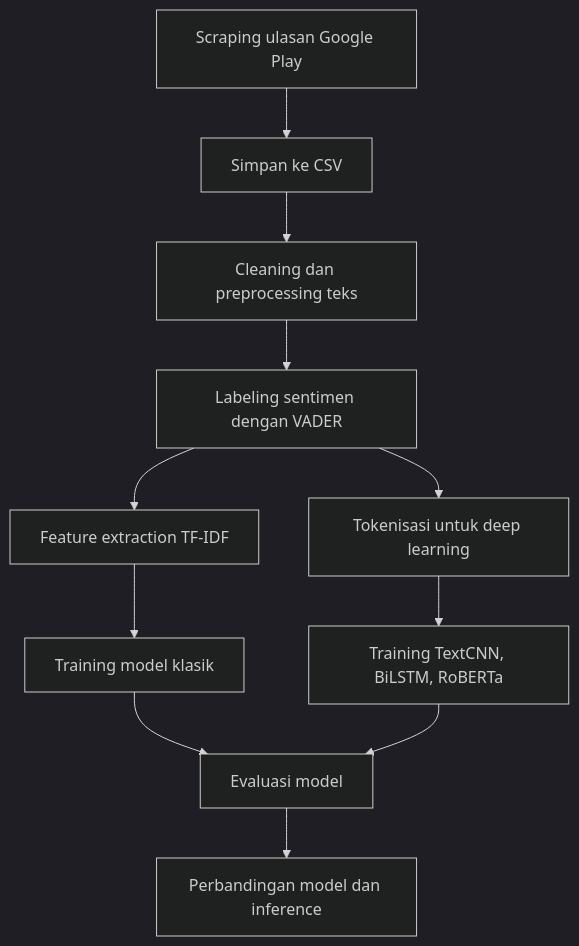
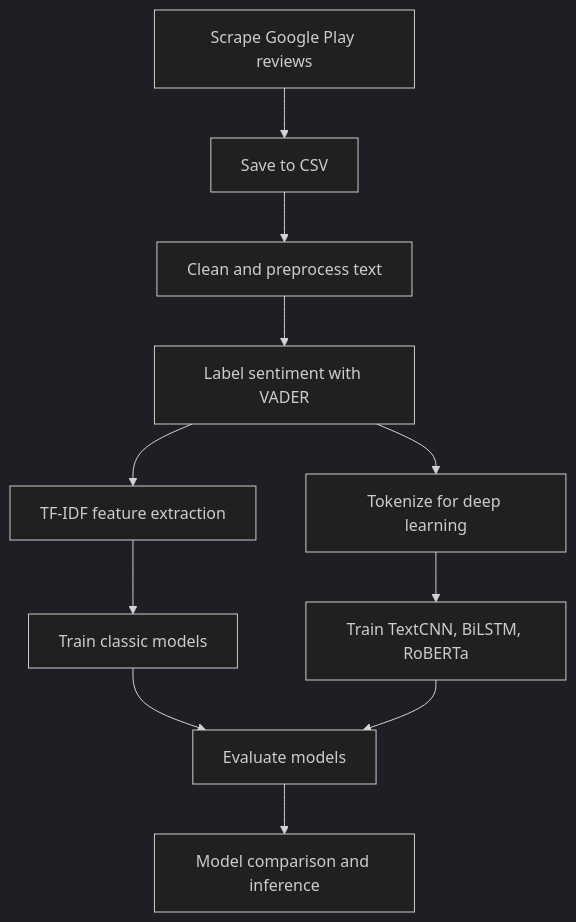
One commit to maliks1/Reverse-1999 changed the diagram in README.md. Above: the diagram before and after it, drawn with Mermaid (dark theme). The commit also changed other lines of this file and 3 other files, not shown here.

````diff
--- a/README.md
+++ b/README.md
@@ -263,13 +263,13 @@
 ```mermaid
 flowchart TD
-    A[Scraping ulasan Google Play] --> B[Simpan ke CSV]
-    B --> C[Cleaning dan preprocessing teks]
-    C --> D[Labeling sentimen dengan VADER]
-    D --> E[Feature extraction TF-IDF]
-    D --> F[Tokenisasi untuk deep learning]
-    E --> G[Training model klasik]
-    F --> H[Training TextCNN, BiLSTM, RoBERTa]
-    G --> I[Evaluasi model]
+    A[Scrape Google Play reviews] --> B[Save to CSV]
+    B --> C[Clean and preprocess text]
+    C --> D[Label sentiment with VADER]
+    D --> E[TF-IDF feature extraction]
+    D --> F[Tokenize for deep learning]
+    E --> G[Train classic models]
+    F --> H[Train TextCNN, BiLSTM, RoBERTa]
+    G --> I[Evaluate models]
     H --> I
-    I --> J[Perbandingan model dan inference]
+    I --> J[Model comparison and inference]
 ```
````
